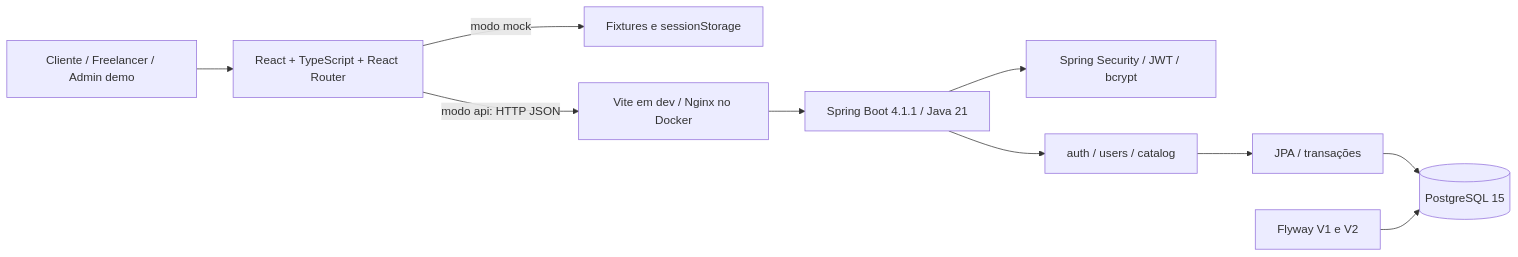
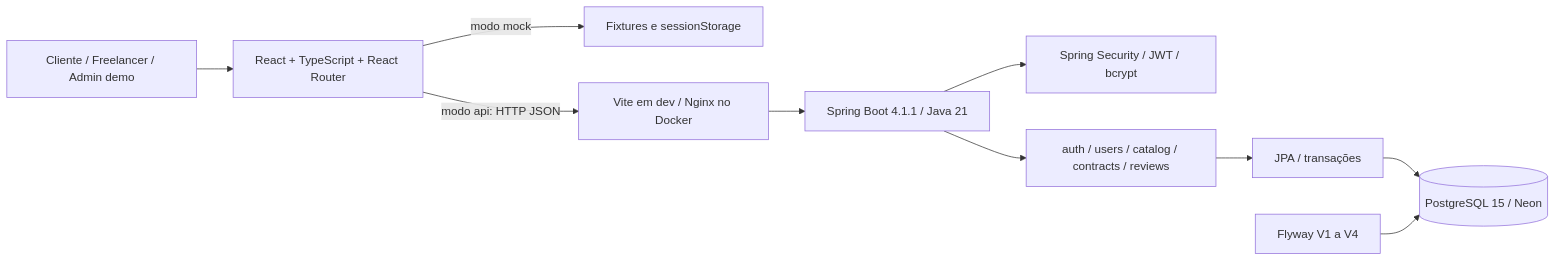
The diagram in docs/arquitetura.md (fabiolrocha/FreeLanceNow), drawn with Mermaid before and after one commit. The commit also changed other lines of this file and 8 other files, not shown here.

````diff
--- a/docs/arquitetura.md
+++ b/docs/arquitetura.md
@@ -5,12 +5,12 @@
 ```mermaid
 flowchart LR
   Pessoa[Cliente / Freelancer / Admin demo] --> Web[React + TypeScript + React Router]
   Web -->|modo mock| Mock[Fixtures e sessionStorage]
   Web -->|modo api: HTTP JSON| Proxy[Vite em dev / Nginx no Docker]
   Proxy --> API[Spring Boot 4.1.1 / Java 21]
   API --> Security[Spring Security / JWT / bcrypt]
-  API --> Modulos[auth / users / catalog]
+  API --> Modulos[auth / users / catalog / contracts / reviews]
   Modulos --> JPA[JPA / transações]
-  JPA --> DB[(PostgreSQL 15)]
-  Flyway[Flyway V1 e V2] --> DB
+  JPA --> DB[(PostgreSQL 15 / Neon)]
+  Flyway[Flyway V1 a V4] --> DB
 ```
````
